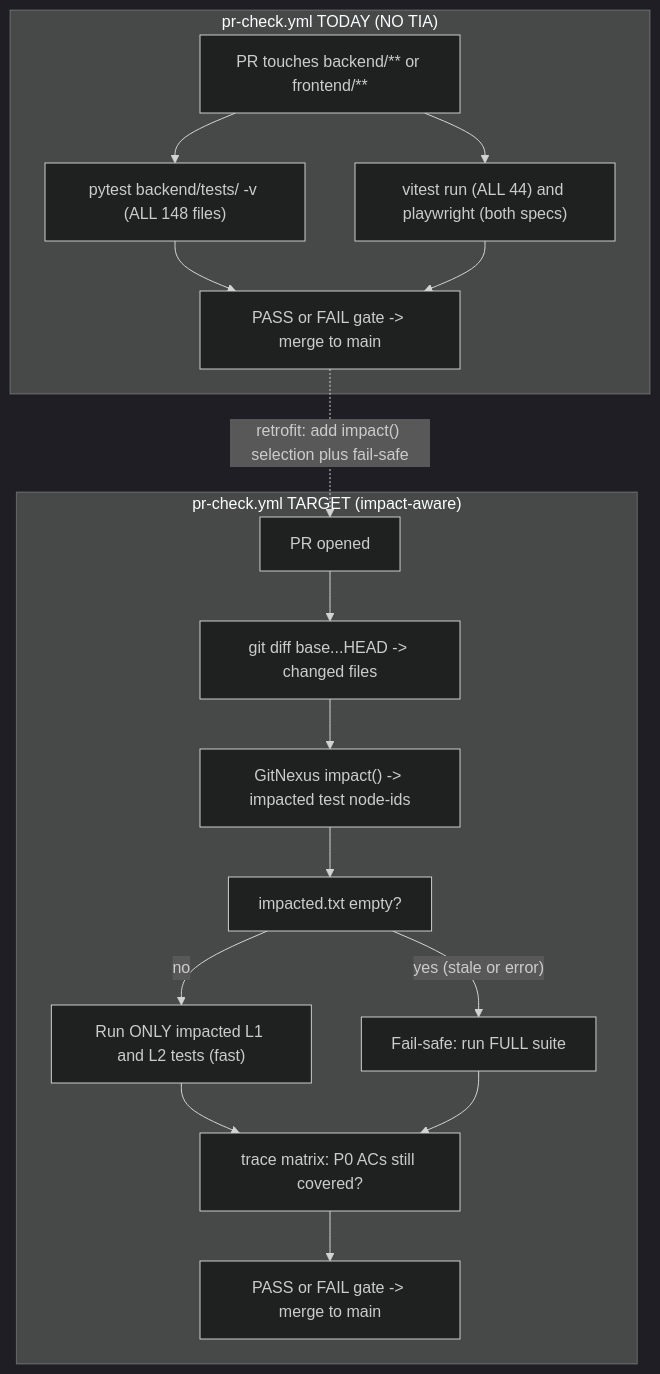
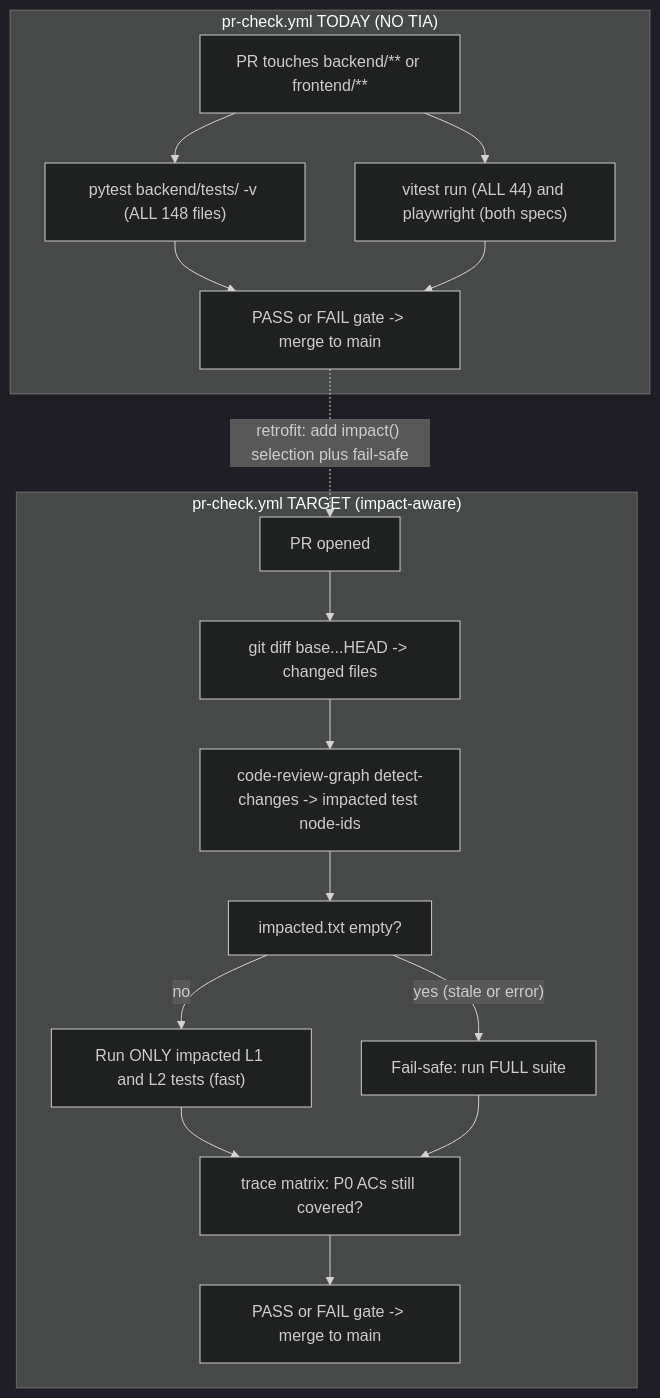
One commit to sudomadhatter/Sudo_Hatter_Command changed the ninth of 12 diagrams in docs/_scc_sops_prds/tea_testing_guide.md. Above: the diagram before and after it, drawn with Mermaid (dark theme). The commit also changed other lines of this file and 32 other files, not shown here.

````diff
--- a/docs/_scc_sops_prds/tea_testing_guide.md
+++ b/docs/_scc_sops_prds/tea_testing_guide.md
@@ -508,32 +508,32 @@
 ```mermaid
 flowchart TD
     subgraph TODAY ["pr-check.yml TODAY (NO TIA)"]
         T1["PR touches backend/** or frontend/**"]
         T2["pytest backend/tests/ -v (ALL 148 files)"]
         T3["vitest run (ALL 44) and playwright (both specs)"]
         T4["PASS or FAIL gate -> merge to main"]
         T1 --> T2
         T1 --> T3
         T2 --> T4
         T3 --> T4
     end
     subgraph TARGET ["pr-check.yml TARGET (impact-aware)"]
         G1["PR opened"]
         G2["git diff base...HEAD -> changed files"]
-        G3["GitNexus impact() -> impacted test node-ids"]
+        G3["code-review-graph detect-changes -> impacted test node-ids"]
         G4["impacted.txt empty?"]
         G5["Run ONLY impacted L1 and L2 tests (fast)"]
         G6["Fail-safe: run FULL suite"]
         G7["trace matrix: P0 ACs still covered?"]
         G8["PASS or FAIL gate -> merge to main"]
         G1 --> G2
         G2 --> G3
         G3 --> G4
         G4 -->|"no"| G5
         G4 -->|"yes (stale or error)"| G6
         G5 --> G7
         G6 --> G7
         G7 --> G8
     end
     T4 -.->|"retrofit: add impact() selection plus fail-safe"| G1
 ```
````
